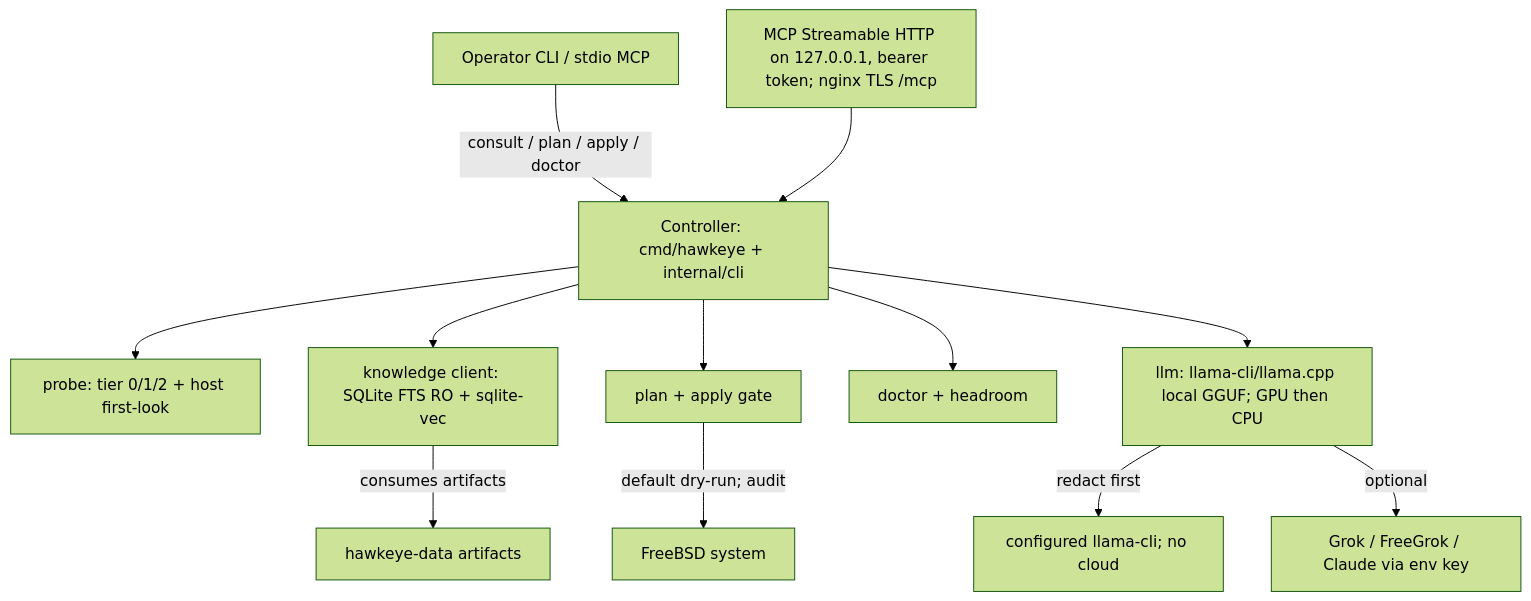
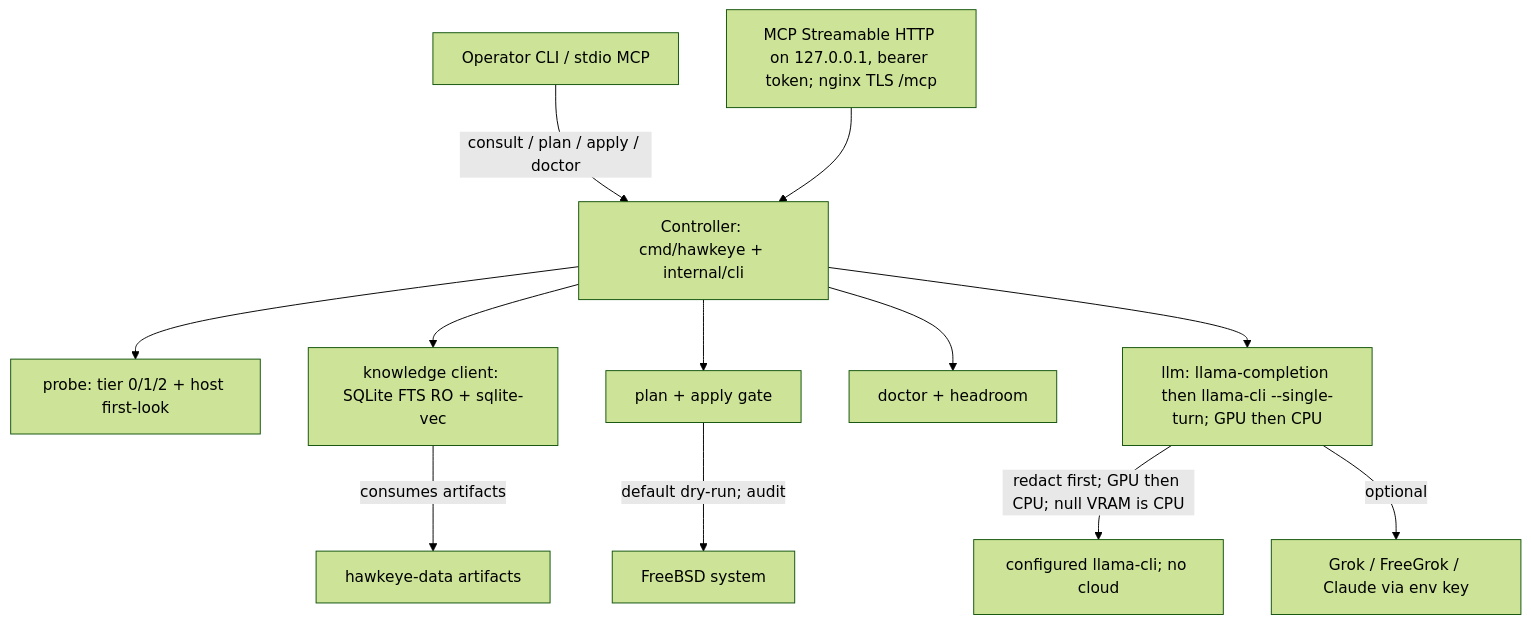
One commit to revytechinc/hawkeye changed the first of 5 diagrams in docs/ARCHITECTURE.md. Above: the diagram before and after it, drawn with Mermaid (forest theme). The commit also changed other lines of this file and 25 other files, not shown here.

First line of the commit message:
Discover dropped GGUF, add embed CLI, fix dangling /rescue (#25)

````diff
--- a/docs/ARCHITECTURE.md
+++ b/docs/ARCHITECTURE.md
@@ -14,14 +14,14 @@
 ```mermaid
 flowchart TD
     Operator["Operator CLI / stdio MCP"] -->|"consult / plan / apply / doctor"| CLI["Controller: cmd/hawkeye + internal/cli"]
     MCPHTTP["MCP Streamable HTTP on 127.0.0.1, bearer token; nginx TLS /mcp"] --> CLI
     CLI --> Probe["probe: tier 0/1/2 + host first-look"]
     CLI --> Knowledge["knowledge client: SQLite FTS RO + sqlite-vec"]
     CLI --> PlanApply["plan + apply gate"]
     CLI --> Doctor["doctor + headroom"]
-    CLI --> LLM["llm: llama-cli/llama.cpp local GGUF; GPU then CPU"]
+    CLI --> LLM["llm: llama-completion then llama-cli --single-turn; GPU then CPU"]
     Knowledge -->|"consumes artifacts"| DataRepo["hawkeye-data artifacts"]
     PlanApply -->|"default dry-run; audit"| System["FreeBSD system"]
-    LLM -->|"redact first"| LocalBin["configured llama-cli; no cloud"]
+    LLM -->|"redact first; GPU then CPU; null VRAM is CPU"| LocalBin["configured llama-cli; no cloud"]
     LLM -->|"optional"| Remote["Grok / FreeGrok / Claude via env key"]
 ```
````
